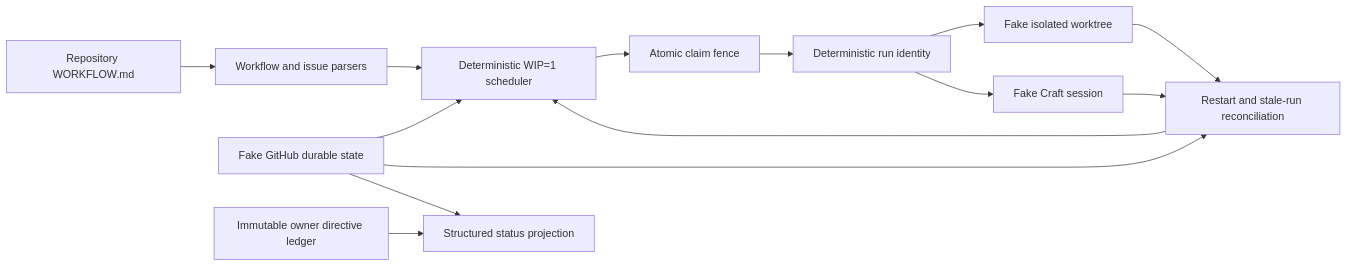
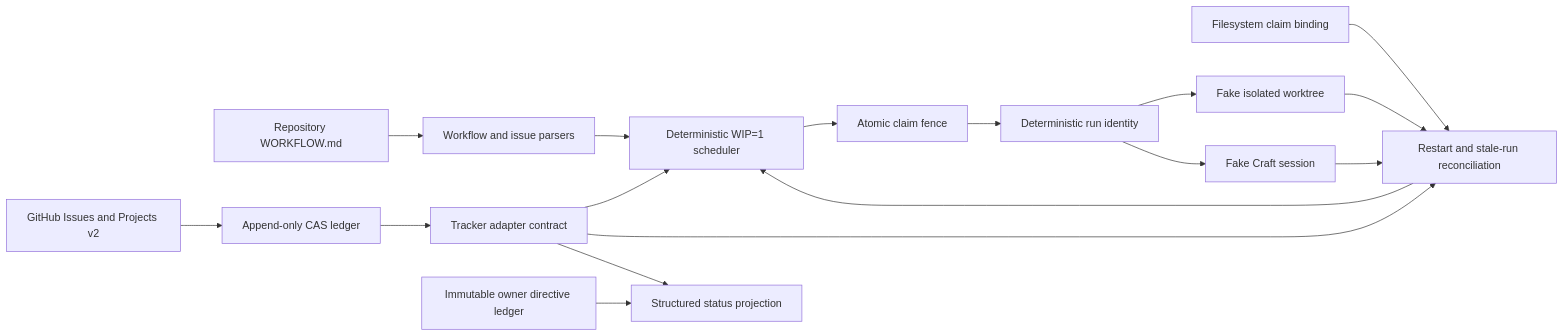
One commit to razumv/craft-protocol changed the diagram in v4/README.md. Above: the diagram before and after it, drawn with Mermaid. The commit also changed other lines of this file and 14 other files, not shown here.

First line of the commit message:
feat(v4): add GitHub Issues and Projects adapter (#50)

````diff
--- a/v4/README.md
+++ b/v4/README.md
@@ -7,16 +7,19 @@
 ```mermaid
 graph LR
     W[Repository WORKFLOW.md] --> P[Workflow and issue parsers]
-    G[Fake GitHub durable state] --> S[Deterministic WIP=1 scheduler]
+    G[Tracker adapter contract] --> S[Deterministic WIP=1 scheduler]
+    GH[GitHub Issues and Projects v2] --> L[Append-only CAS ledger]
+    L --> G
+    FS[Filesystem claim binding] --> R
     P --> S
     S --> C[Atomic claim fence]
     C --> I[Deterministic run identity]
     I --> T[Fake isolated worktree]
     I --> A[Fake Craft session]
     G --> R[Restart and stale-run reconciliation]
     T --> R
     A --> R
     R --> S
     G --> O[Structured status projection]
     D[Immutable owner directive ledger] --> O
 ```
````
